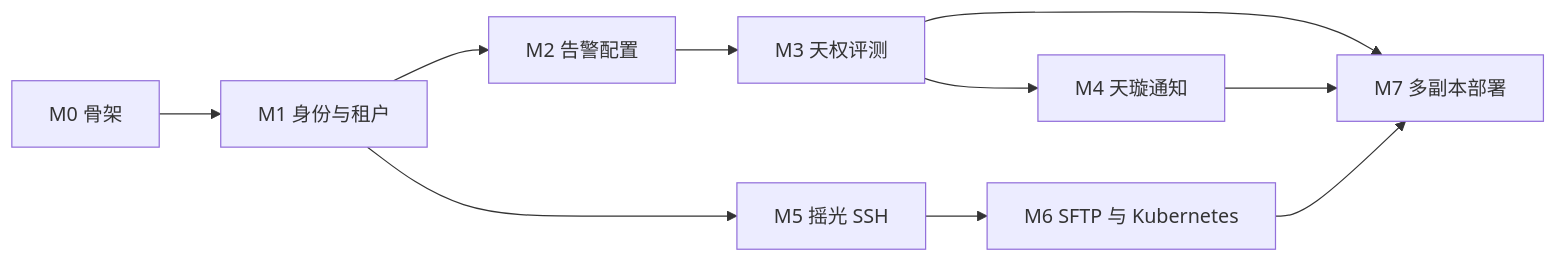
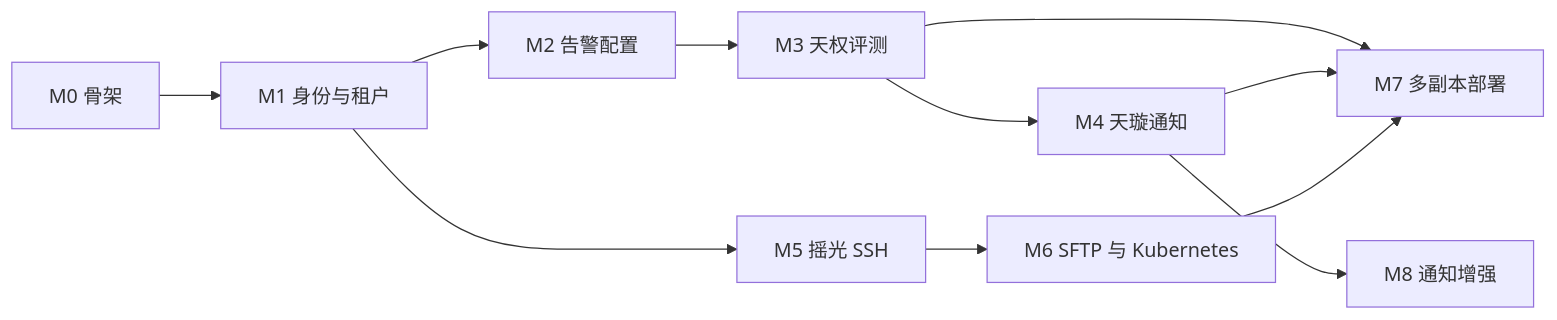
One commit to aide-family/moon changed the diagram in docs/roadmap.md. Above: the diagram before and after it, drawn with Mermaid. The commit also changed other lines of this file and 93 other files, not shown here.

````diff
--- a/docs/roadmap.md
+++ b/docs/roadmap.md
@@ -34,16 +35,18 @@
 ```mermaid
 flowchart LR
   m0[M0 骨架]
   m1[M1 身份与租户]
   m2[M2 告警配置]
   m3[M3 天权评测]
   m4[M4 天璇通知]
   m5[M5 摇光 SSH]
   m6[M6 SFTP 与 Kubernetes]
   m7[M7 多副本部署]
+  m8[M8 通知增强]
   m0 --> m1 --> m2 --> m3 --> m4
   m1 --> m5 --> m6
   m3 --> m7
   m4 --> m7
+  m4 --> m8
   m6 --> m7
 ```
````
